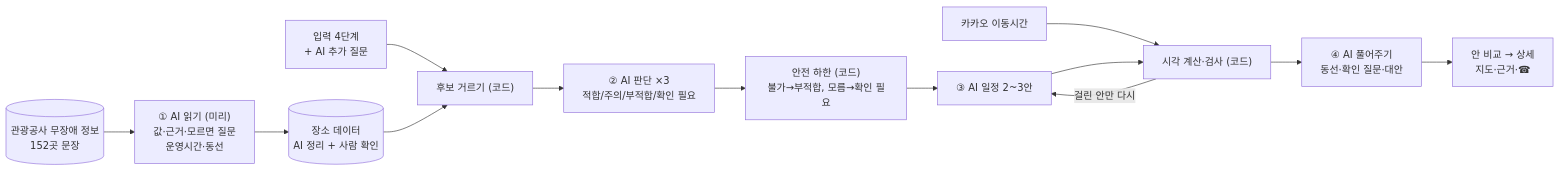
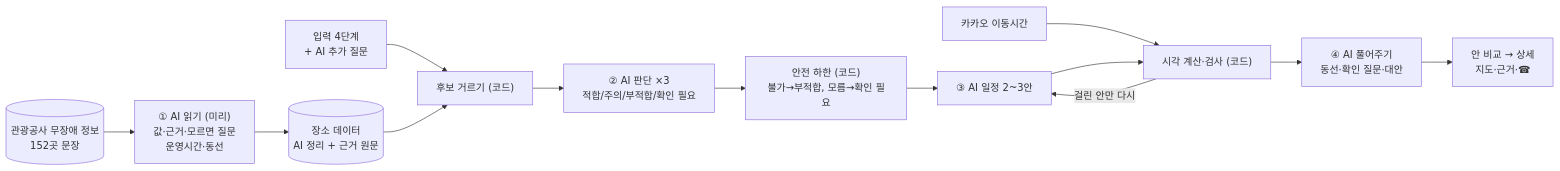
One commit to ieumgil/ieumgil-ai changed the diagram in README.md. Above: the diagram before and after it, drawn with Mermaid. The commit also changed other lines of this file and 6 other files, not shown here.

````diff
--- a/README.md
+++ b/README.md
@@ -52,15 +52,15 @@
 ```mermaid
 flowchart LR
     D[("관광공사 무장애 정보<br/>152곳 문장")] --> R1["① AI 읽기 (미리)<br/>값·근거·모르면 질문<br/>운영시간·동선"]
-    R1 --> P[("장소 데이터<br/>AI 정리 + 사람 확인")]
+    R1 --> P[("장소 데이터<br/>AI 정리 + 근거 원문")]
     A["입력 4단계<br/>+ AI 추가 질문"] --> F["후보 거르기 (코드)"]
     P --> F
     F --> J["② AI 판단 ×3<br/>적합/주의/부적합/확인 필요"]
     J --> G["안전 하한 (코드)<br/>불가→부적합, 모름→확인 필요"]
     G --> PL["③ AI 일정 2~3안"]
     K["카카오 이동시간"] --> T
     PL --> T["시각 계산·검사 (코드)"]
     T -- "걸린 안만 다시" --> PL
     T --> X["④ AI 풀어주기<br/>동선·확인 질문·대안"]
     X --> S["안 비교 → 상세<br/>지도·근거·☎"]
 ```
````
